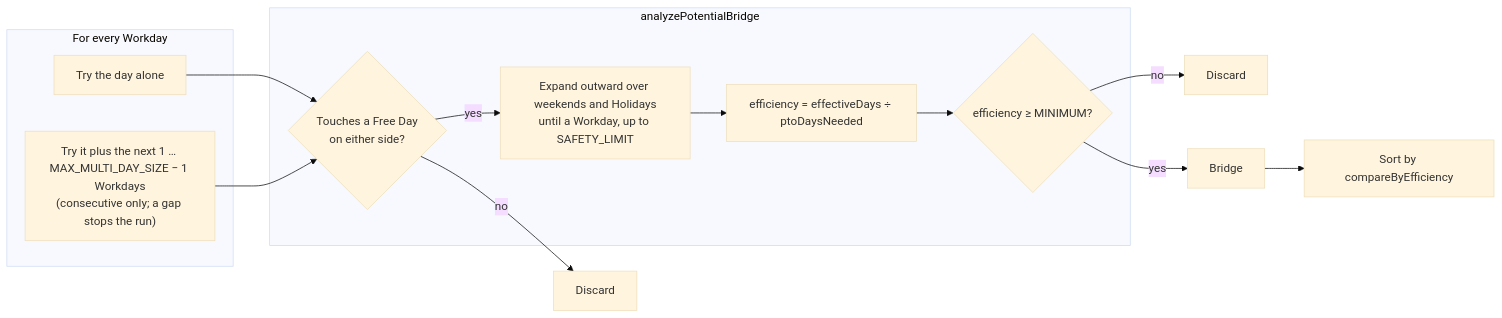
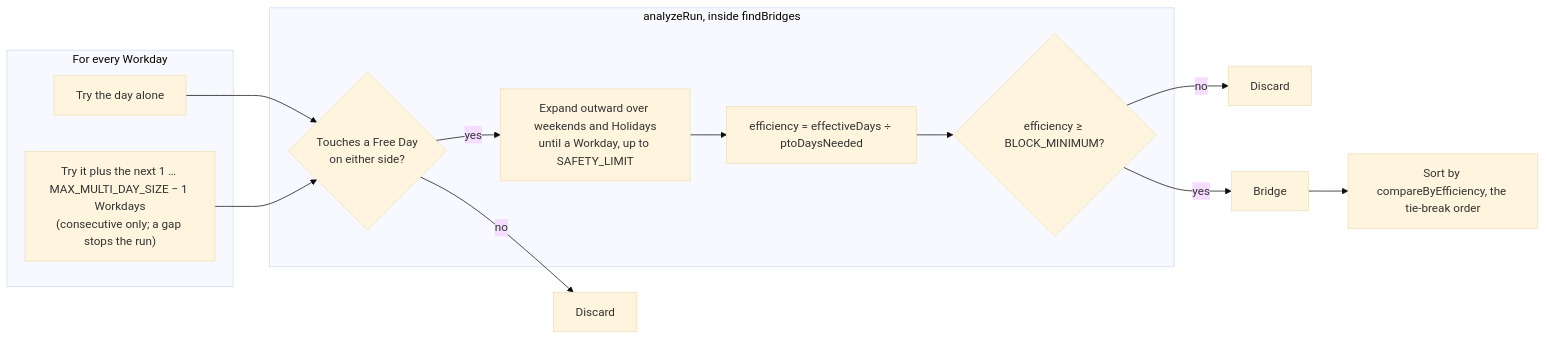
The second of 4 diagrams in apps/docs/src/content/docs/how-it-works/planning-algorithm.mdx (fbuireu/forever-pto), drawn with Mermaid (base theme) before and after one commit. The commit also changed other lines of this file and 232 other files, not shown here.

````diff
--- a/apps/docs/src/content/docs/how-it-works/planning-algorithm.mdx
+++ b/apps/docs/src/content/docs/how-it-works/planning-algorithm.mdx
@@ -53,20 +53,20 @@
 ```mermaid
 flowchart LR
   subgraph gen [For every Workday]
     S1[Try the day alone]
     S2["Try it plus the next 1 … MAX_MULTI_DAY_SIZE − 1 Workdays<br/>(consecutive only; a gap stops the run)"]
   end
-  subgraph analyze [analyzePotentialBridge]
+  subgraph analyze [analyzeRun, inside findBridges]
     ADJ{Touches a Free Day<br/>on either side?}
     EXP[Expand outward over weekends and Holidays<br/>until a Workday, up to SAFETY_LIMIT]
     EFF[efficiency = effectiveDays ÷ ptoDaysNeeded]
-    MIN{efficiency ≥ MINIMUM?}
+    MIN{efficiency ≥ BLOCK_MINIMUM?}
   end
   S1 --> ADJ
   S2 --> ADJ
   ADJ -- no --> DROP1[Discard]
   ADJ -- yes --> EXP --> EFF --> MIN
   MIN -- no --> DROP2[Discard]
   MIN -- yes --> KEEP[Bridge]
-  KEEP --> SORT[Sort by compareByEfficiency]
+  KEEP --> SORT[Sort by compareByEfficiency, the tie-break order]
 ```
````
